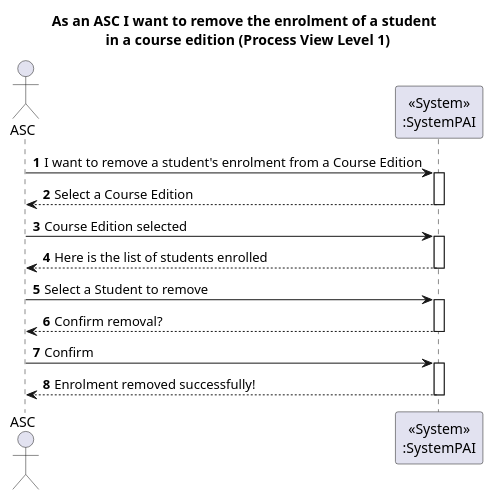
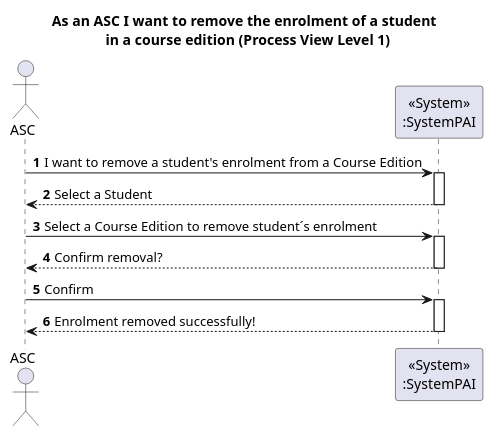
One commit to GasparISEP/DevOps-PAI changed the diagram in docs/US35/ProcessView/Level1-removeStudentFromCourseEdition.puml. Above: the diagram before and after it, drawn with PlantUML.

Commit message:
Update ProcessView level1 diagram US35, Refs #657

```diff
--- a/docs/US35/ProcessView/Level1-removeStudentFromCourseEdition.puml
+++ b/docs/US35/ProcessView/Level1-removeStudentFromCourseEdition.puml
@@ -1,30 +1,25 @@
 @startuml
 autonumber
 
 title As an ASC I want to remove the enrolment of a student \n in a course edition (Process View Level 1)
 
 actor ASC as Admin
 participant "<<System>>\n:SystemPAI" as System
 
 
 Admin -> System : I want to remove a student's enrolment from a Course Edition
 activate System
-System --> Admin : Select a Course Edition
+System --> Admin : Select a Student
 deactivate System
 
-Admin -> System : Course Edition selected
-activate System
-System --> Admin : Here is the list of students enrolled
-deactivate System
-
-Admin -> System : Select a Student to remove
+Admin -> System : Select a Course Edition to remove student´s enrolment
 activate System
 System --> Admin : Confirm removal?
 deactivate System
 
 Admin -> System : Confirm
 activate System
 System --> Admin : Enrolment removed successfully!
 deactivate System
 
 @enduml
```
